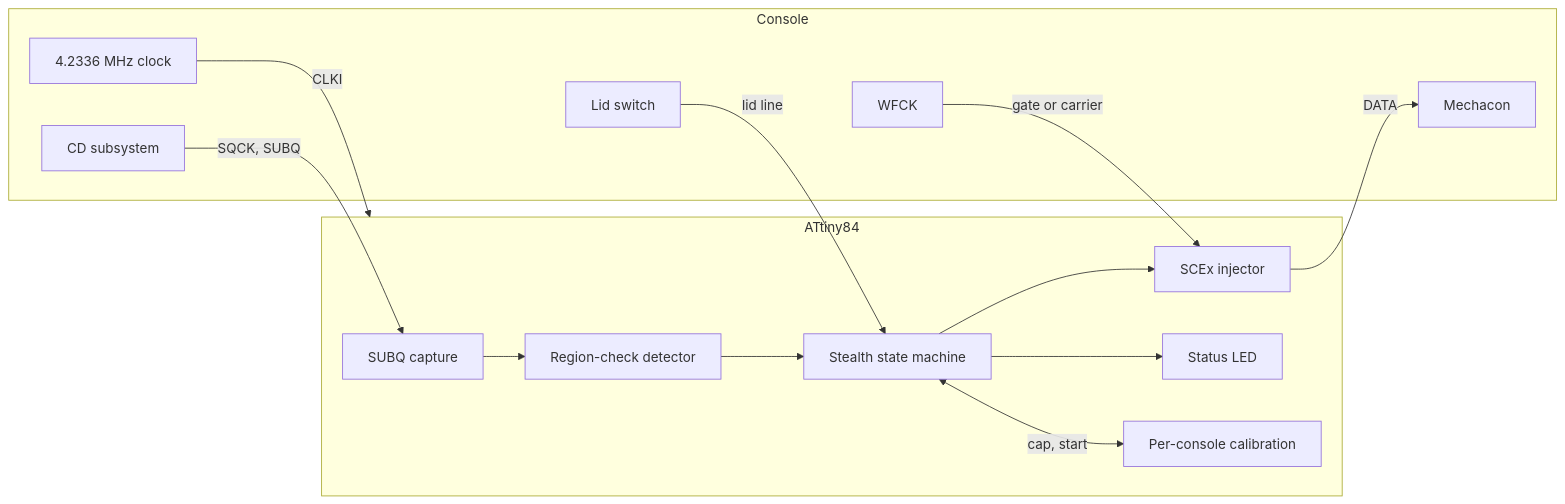
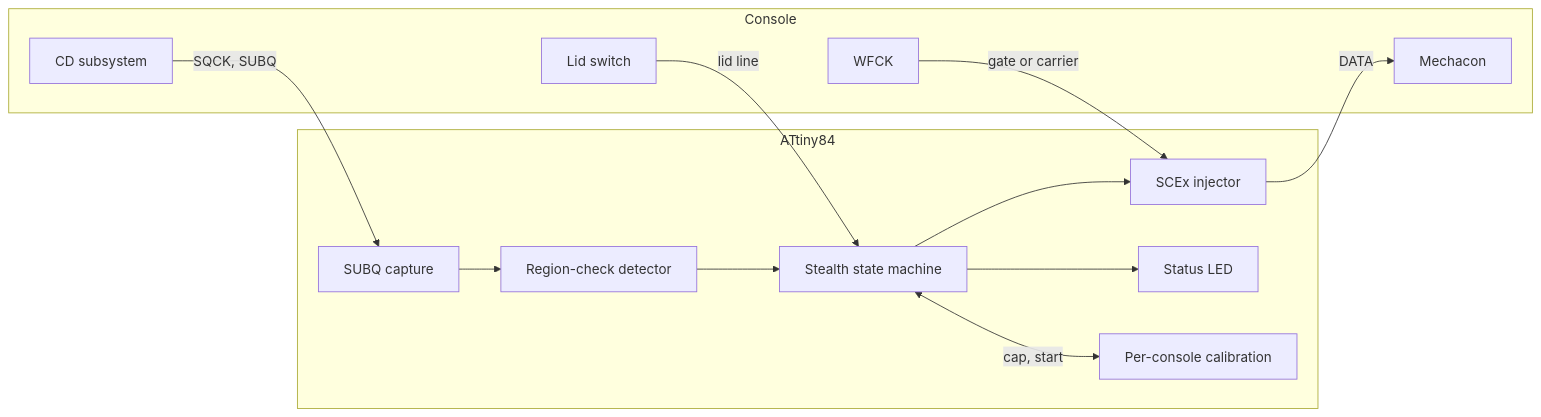
Before and after one commit to gufranco/openscex-modchip: the diagram in README.md, drawn with Mermaid. The commit also changed other lines of this file and 6 other files, not shown here.

````diff
--- a/README.md
+++ b/README.md
@@ -46,26 +46,24 @@
 ```mermaid
 graph LR
     subgraph Console
         CD[CD subsystem]
-        CLK[4.2336 MHz clock]
         LID[Lid switch]
         WF[WFCK]
         MECH[Mechacon]
     end
     subgraph ATtiny84
         CAP[SUBQ capture]
         DET[Region-check detector]
         ST[Stealth state machine]
         INJ[SCEx injector]
         LED[Status LED]
         CAL[Per-console calibration]
     end
     CD -->|SQCK, SUBQ| CAP
     CAP --> DET --> ST --> INJ
     ST --> LED
     ST <-->|cap, start| CAL
     LID -->|lid line| ST
     WF -->|gate or carrier| INJ
-    CLK -->|CLKI| ATtiny84
     INJ -->|DATA| MECH
 ```
````
